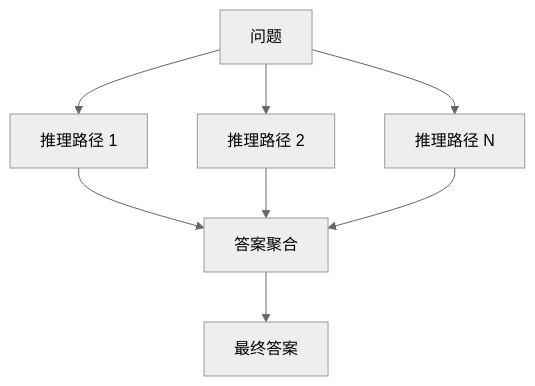
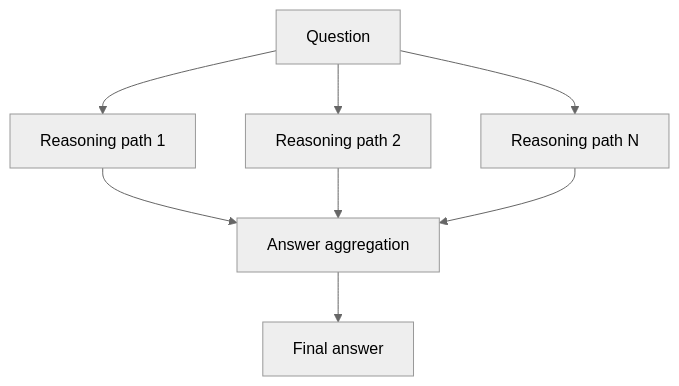
Before and after one commit to oneleaveknowsthefall/awesome-ai-roadmap: the sixth of 17 diagrams in docs/agent/02-reasoning-planning/05-agent-reasoning-methods.md, drawn with Mermaid (neutral theme). The commit also changed other lines of this file and 68 other files, not shown here.

````diff
--- a/docs/agent/02-reasoning-planning/05-agent-reasoning-methods.md
+++ b/docs/agent/02-reasoning-planning/05-agent-reasoning-methods.md
@@ -275,10 +275,10 @@
 ```mermaid
 flowchart TB
-    Q[问题] --> P1[推理路径 1]
-    Q --> P2[推理路径 2]
-    Q --> P3[推理路径 N]
-    P1 --> V[答案聚合]
+    Q[Question] --> P1[Reasoning path 1]
+    Q --> P2[Reasoning path 2]
+    Q --> P3[Reasoning path N]
+    P1 --> V[Answer aggregation]
     P2 --> V
     P3 --> V
-    V --> A[最终答案]
+    V --> A[Final answer]
 ```
````
